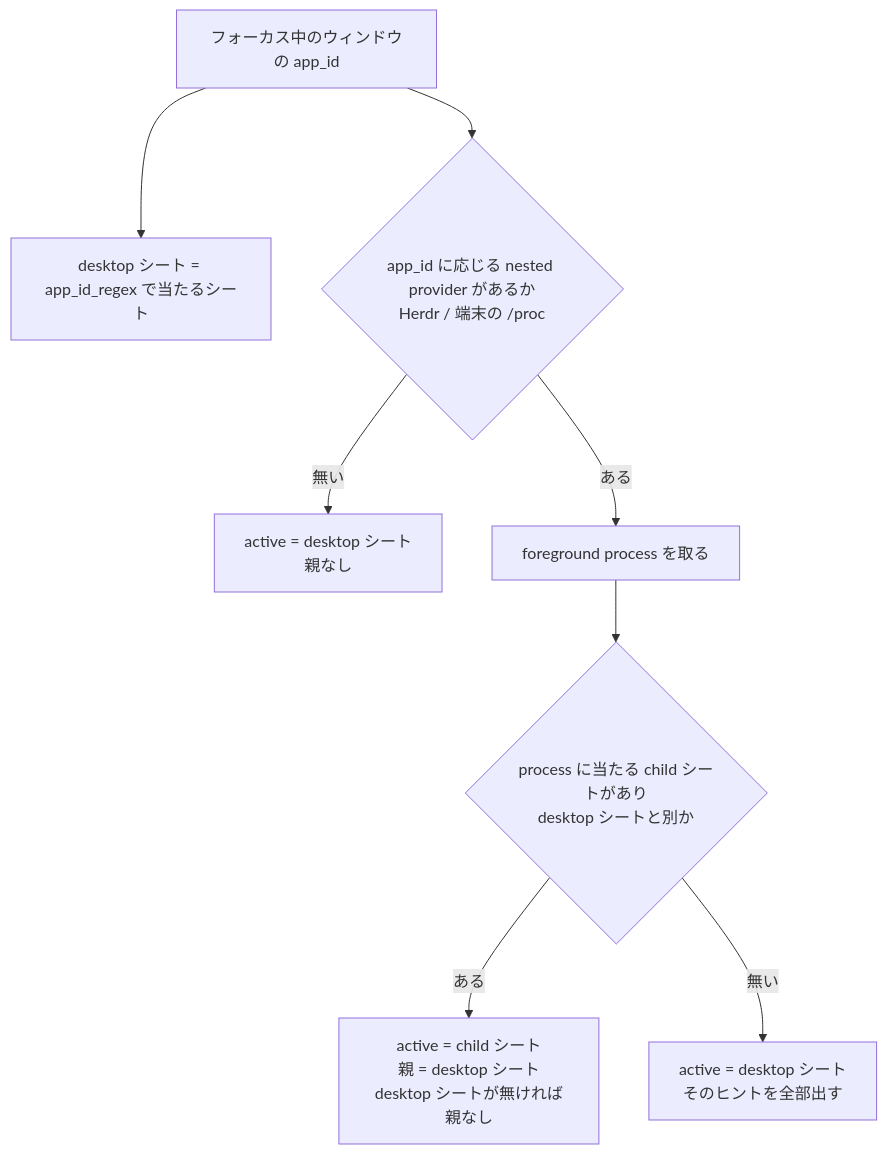
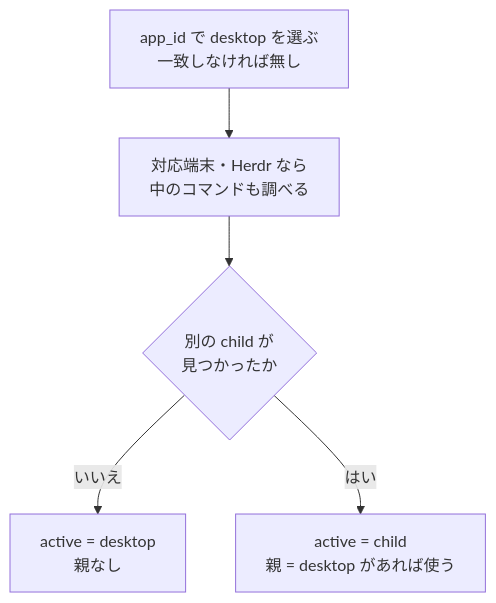
One commit to yasuoeto/wayhint changed the first of 2 diagrams in docs/SHEETS.ja.md. Above: the diagram before and after it, drawn with Mermaid. The commit also changed other lines of this file and 15 other files, not shown here.

First line of the commit message:
docs: 導入手順を入れ方別に分け、操作図と nested / include の説明を直す

````diff
--- a/docs/SHEETS.ja.md
+++ b/docs/SHEETS.ja.md
@@ -18,10 +22,8 @@
 ```mermaid
 flowchart TD
-    A[フォーカス中のウィンドウの app_id] --> B[desktop シート = app_id_regex で当たるシート]
-    A --> C{app_id に応じる nested provider があるか<br/>Herdr / 端末の /proc}
-    C -- 無い --> D[active = desktop シート<br/>親なし]
-    C -- ある --> E[foreground process を取る]
-    E --> F{process に当たる child シートがあり<br/>desktop シートと別か}
-    F -- ある --> G[active = child シート<br/>親 = desktop シート<br/>desktop シートが無ければ親なし]
-    F -- 無い --> H[active = desktop シート<br/>そのヒントを全部出す]
+    A["app_id で desktop を選ぶ<br/>一致しなければ無し"]
+    A --> B["対応端末・Herdr なら<br/>中のコマンドも調べる"]
+    B --> C{"別の child が<br/>見つかったか"}
+    C -- "いいえ" --> D["active = desktop<br/>親なし"]
+    C -- "はい" --> E["active = child<br/>親 = desktop があれば使う"]
 ```
````
